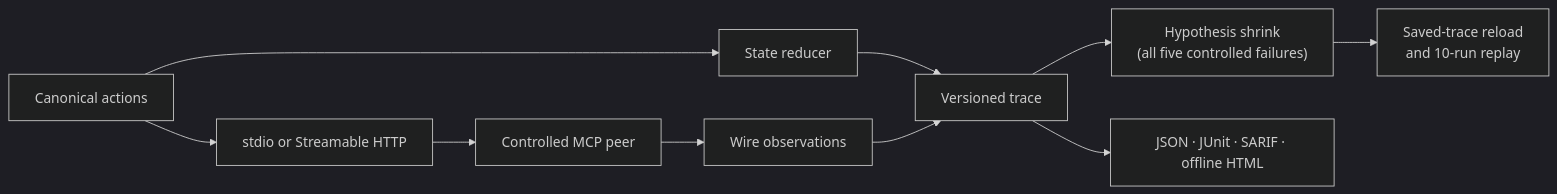
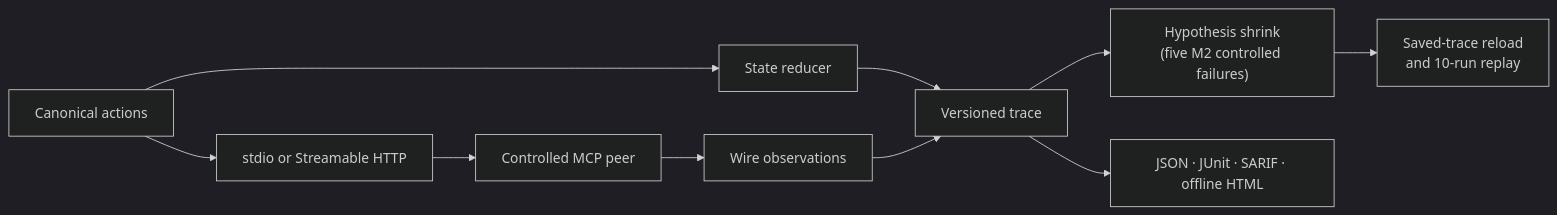
One commit to lxingy3/mcp-statecheck changed the diagram in README.md. Above: the diagram before and after it, drawn with Mermaid (dark theme). The commit also changed other lines of this file and 33 other files, not shown here.

````diff
--- a/README.md
+++ b/README.md
@@ -72,12 +73,12 @@
 ```mermaid
 flowchart LR
     A["Canonical actions"] --> B["State reducer"]
     A --> C["stdio or Streamable HTTP"]
     C --> D["Controlled MCP peer"]
     D --> E["Wire observations"]
     B --> F["Versioned trace"]
     E --> F
-    F --> G["Hypothesis shrink<br/>(all five controlled failures)"]
+    F --> G["Hypothesis shrink<br/>(five M2 controlled failures)"]
     G --> H["Saved-trace reload<br/>and 10-run replay"]
     F --> I["JSON · JUnit · SARIF · offline HTML"]
 ```
````
